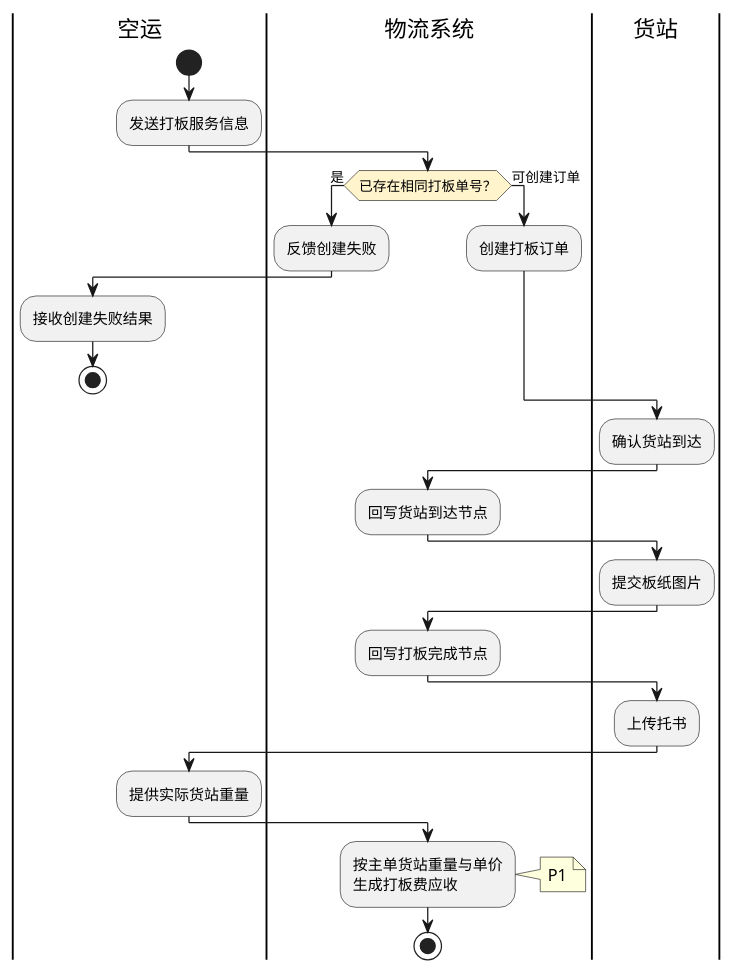
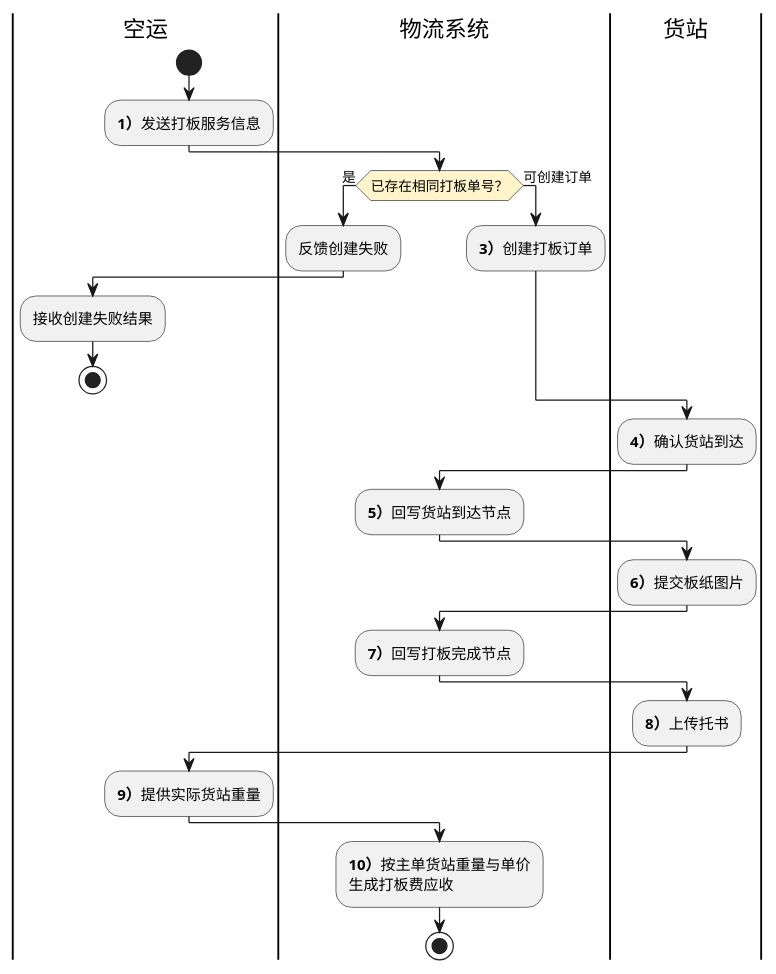
One commit to jack888332/projects-doc changed the second of 2 diagrams in product-caliber/goldjet/segmented-prd/PRD.高捷物流系统一期.第021篇.航晟货站打板.B42F0635C9.md. Above: the diagram before and after it, drawn with PlantUML. The commit also changed other lines of this file and 24 other files, not shown here.

````diff
--- a/product-caliber/goldjet/segmented-prd/PRD.高捷物流系统一期.第021篇.航晟货站打板.B42F0635C9.md
+++ b/product-caliber/goldjet/segmented-prd/PRD.高捷物流系统一期.第021篇.航晟货站打板.B42F0635C9.md
@@ -93,34 +93,33 @@
 ```plantuml
 @startuml goldjet-021-pallet-order-processing
 skinparam activityDiamondBackgroundColor #FFF4CC
 |空运|
 start
-:发送打板服务信息;
+:**1）**发送打板服务信息;
 |物流系统|
 if (已存在相同打板单号？) then (是)
   :反馈创建失败;
   |空运|
   :接收创建失败结果;
   stop
 else (可创建订单)
   |物流系统|
-  :创建打板订单;
+  :**3）**创建打板订单;
 endif
 |货站|
-:确认货站到达;
+:**4）**确认货站到达;
 |物流系统|
-:回写货站到达节点;
+:**5）**回写货站到达节点;
 |货站|
-:提交板纸图片;
+:**6）**提交板纸图片;
 |物流系统|
-:回写打板完成节点;
+:**7）**回写打板完成节点;
 |货站|
-:上传托书;
+:**8）**上传托书;
 |空运|
-:提供实际货站重量;
+:**9）**提供实际货站重量;
 |物流系统|
-:按主单货站重量与单价\n生成打板费应收;
-note right: P1
+:**10）**按主单货站重量与单价\n生成打板费应收;
 stop
 @enduml
 ```
````
